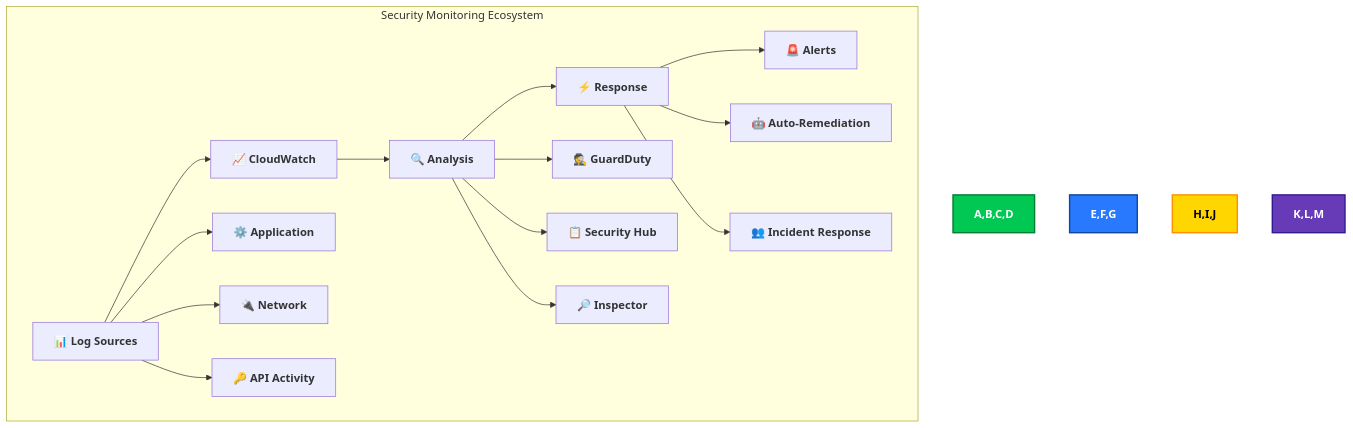
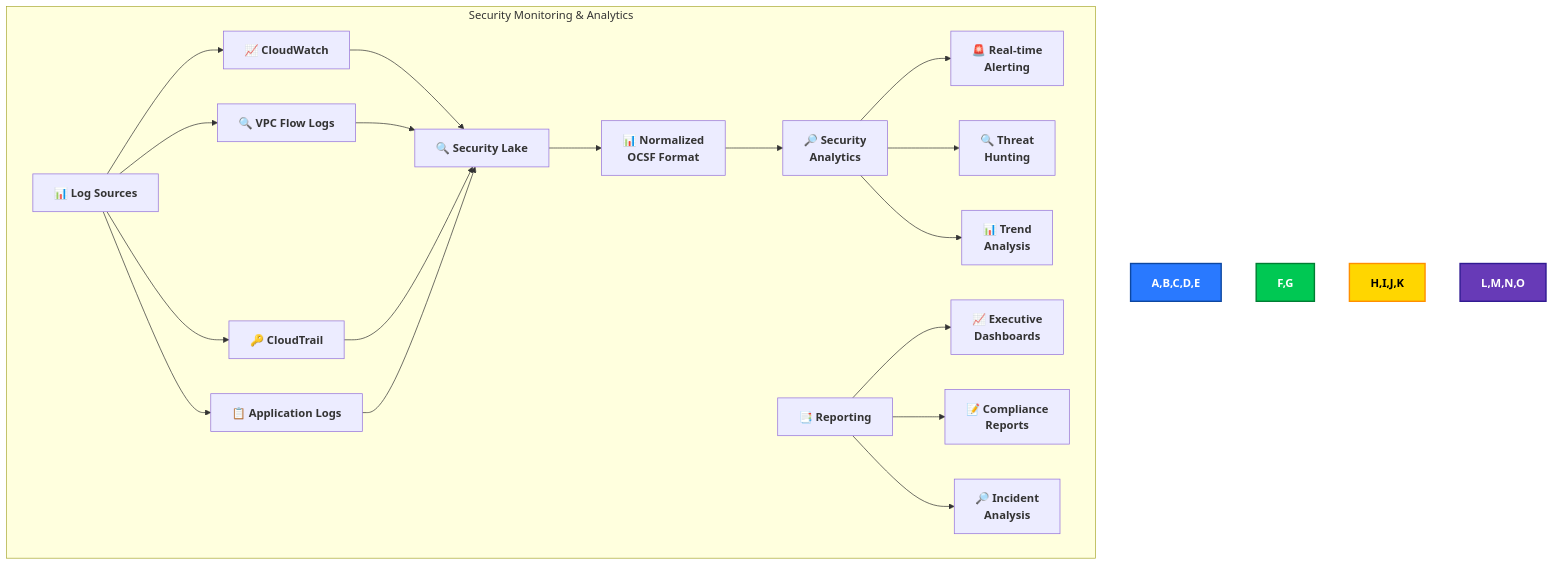
Before and after one commit to Hack23/cia: diagram 15 of 18 in SECURITY_ARCHITECTURE.md, drawn with Mermaid. The commit also changed other lines of this file, not shown here.

````diff
--- a/SECURITY_ARCHITECTURE.md
+++ b/SECURITY_ARCHITECTURE.md
@@ -625,26 +1082,27 @@
 ```mermaid
 flowchart TD
-    subgraph "Security Monitoring Ecosystem"
+    subgraph "Security Monitoring & Analytics"
         A[📊 Log Sources] --> B[📈 CloudWatch]
-        B --> C[🔍 Analysis]
-        C --> D[⚡ Response]
+        A --> C[🔍 VPC Flow Logs]
+        A --> D[🔑 CloudTrail]
+        A --> E[📋 Application Logs]
         
-        A --> E[⚙️ Application]
-        A --> F[🔌 Network]
-        A --> G[🔑 API Activity]
+        B & C & D & E --> F[🔍 Security Lake]
+        F --> G[📊 Normalized<br>OCSF Format]
         
-        C --> H[🕵️ GuardDuty]
-        C --> I[📋 Security Hub]
-        C --> J[🔎 Inspector]
+        G --> H[🔎 Security<br>Analytics]
+        H --> I[🚨 Real-time<br>Alerting]
+        H --> J[🔍 Threat<br>Hunting]
+        H --> K[📊 Trend<br>Analysis]
         
-        D --> K[🚨 Alerts]
-        D --> L[🤖 Auto-Remediation]
-        D --> M[👥 Incident Response]
+        L[📑 Reporting] --> M[📈 Executive<br>Dashboards]
+        L --> N[📝 Compliance<br>Reports]
+        L --> O[🔎 Incident<br>Analysis]
     end
     
-    style A,B,C,D fill:#00C853,stroke:#007E33,stroke-width:2px,color:white,font-weight:bold
-    style E,F,G fill:#2979FF,stroke:#0D47A1,stroke-width:2px,color:white,font-weight:bold
-    style H,I,J fill:#FFD600,stroke:#FF8F00,stroke-width:2px,color:black,font-weight:bold
-    style K,L,M fill:#673AB7,stroke:#311B92,stroke-width:2px,color:white,font-weight:bold
+    style A,B,C,D,E fill:#2979FF,stroke:#0D47A1,stroke-width:2px,color:white,font-weight:bold
+    style F,G fill:#00C853,stroke:#007E33,stroke-width:2px,color:white,font-weight:bold
+    style H,I,J,K fill:#FFD600,stroke:#FF8F00,stroke-width:2px,color:black,font-weight:bold
+    style L,M,N,O fill:#673AB7,stroke:#311B92,stroke-width:2px,color:white,font-weight:bold
     classDef default font-weight:bold
 ```
````
